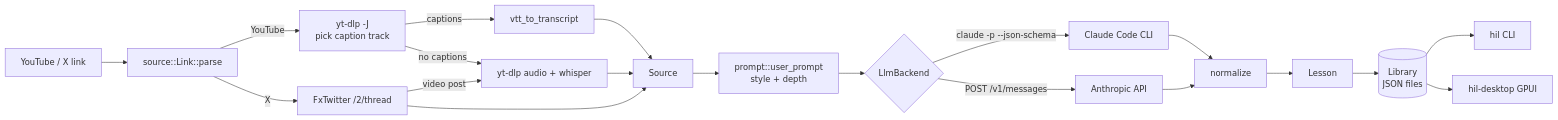
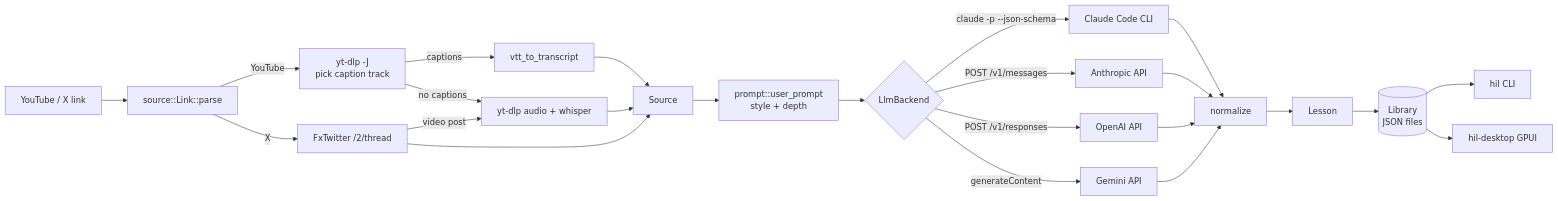
Before and after one commit to umararshad4/honey-interactive-learn: the diagram in docs/ARCHITECTURE.md, drawn with Mermaid. The commit also changed other lines of this file and 26 other files, not shown here.

First line of the commit message:
feat: OpenAI and Gemini providers, settings, macOS .app (v0.2.0)

````diff
--- a/docs/ARCHITECTURE.md
+++ b/docs/ARCHITECTURE.md
@@ -3,22 +3,26 @@
 ```mermaid
 flowchart LR
     URL[YouTube / X link] --> Link[source::Link::parse]
     Link -->|YouTube| YT[yt-dlp -J<br/>pick caption track]
     Link -->|X| FX[FxTwitter /2/thread]
     YT -->|captions| VTT[vtt_to_transcript]
     YT -->|no captions| W[yt-dlp audio + whisper]
     FX -->|video post| W
     VTT --> SRC[Source]
     FX --> SRC
     W --> SRC
     SRC --> P[prompt::user_prompt<br/>style + depth]
     P --> B{LlmBackend}
     B -->|claude -p --json-schema| CLI[Claude Code CLI]
     B -->|POST /v1/messages| API[Anthropic API]
+    B -->|POST /v1/responses| OAI[OpenAI API]
+    B -->|generateContent| GEM[Gemini API]
     CLI --> N[normalize]
     API --> N
+    OAI --> N
+    GEM --> N
     N --> L[Lesson]
     L --> LIB[(Library<br/>JSON files)]
     LIB --> T[hil CLI]
     LIB --> D[hil-desktop GPUI]
 ```
````
